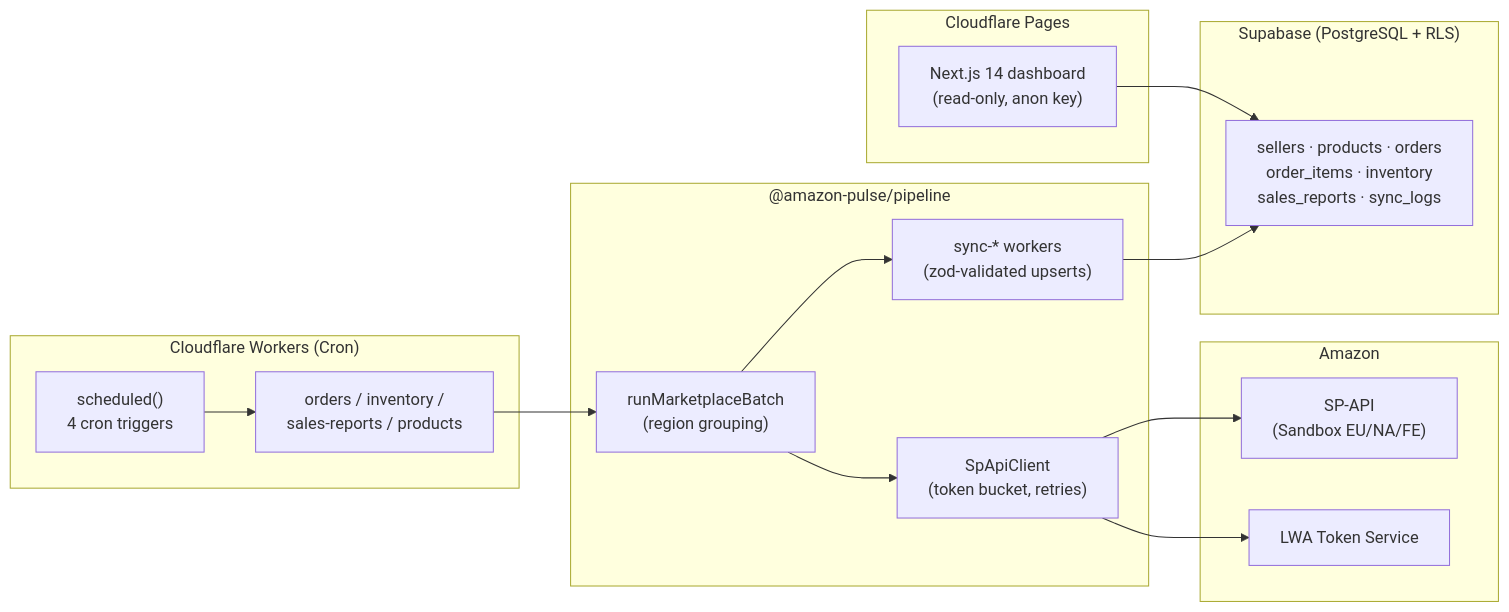
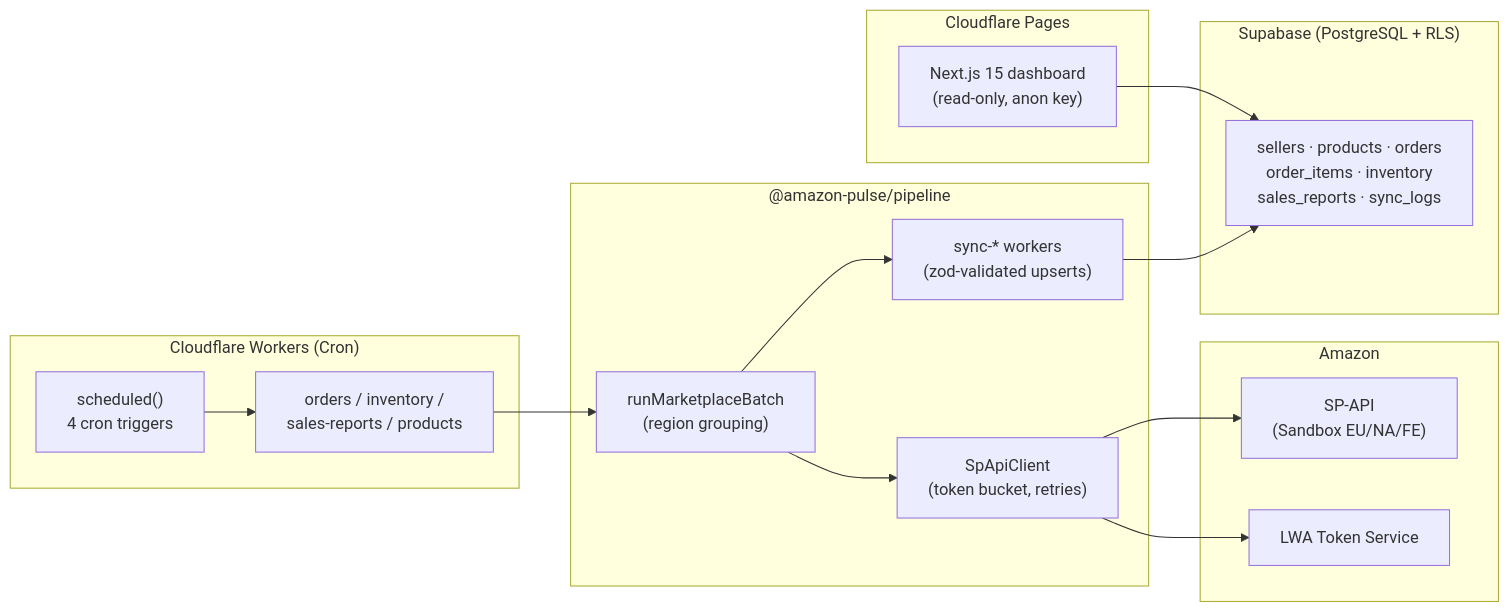
The diagram in README.md (mer-prog/amazon-pulse), drawn with Mermaid before and after one commit. The commit also changed other lines of this file and 1 other file, not shown here.

````diff
--- a/README.md
+++ b/README.md
@@ -33,32 +33,32 @@
 ```mermaid
 flowchart LR
   subgraph Amazon
     SPAPI["SP-API\n(Sandbox EU/NA/FE)"]
     LWA["LWA Token Service"]
   end
 
   subgraph "Cloudflare Workers (Cron)"
     CRON["scheduled()\n4 cron triggers"]
     HANDLERS["orders / inventory /\nsales-reports / products"]
   end
 
   subgraph Pipeline["@amazon-pulse/pipeline"]
     CLIENT["SpApiClient\n(token bucket, retries)"]
     BATCH["runMarketplaceBatch\n(region grouping)"]
     WORKERS["sync-* workers\n(zod-validated upserts)"]
   end
 
   subgraph Supabase["Supabase (PostgreSQL + RLS)"]
     DATA["sellers · products · orders\norder_items · inventory\nsales_reports · sync_logs"]
   end
 
   subgraph "Cloudflare Pages"
-    UI["Next.js 14 dashboard\n(read-only, anon key)"]
+    UI["Next.js 15 dashboard\n(read-only, anon key)"]
   end
 
   CRON --> HANDLERS --> BATCH --> CLIENT --> SPAPI
   CLIENT --> LWA
   WORKERS --> DATA
   BATCH --> WORKERS
   UI --> DATA
 ```
````
